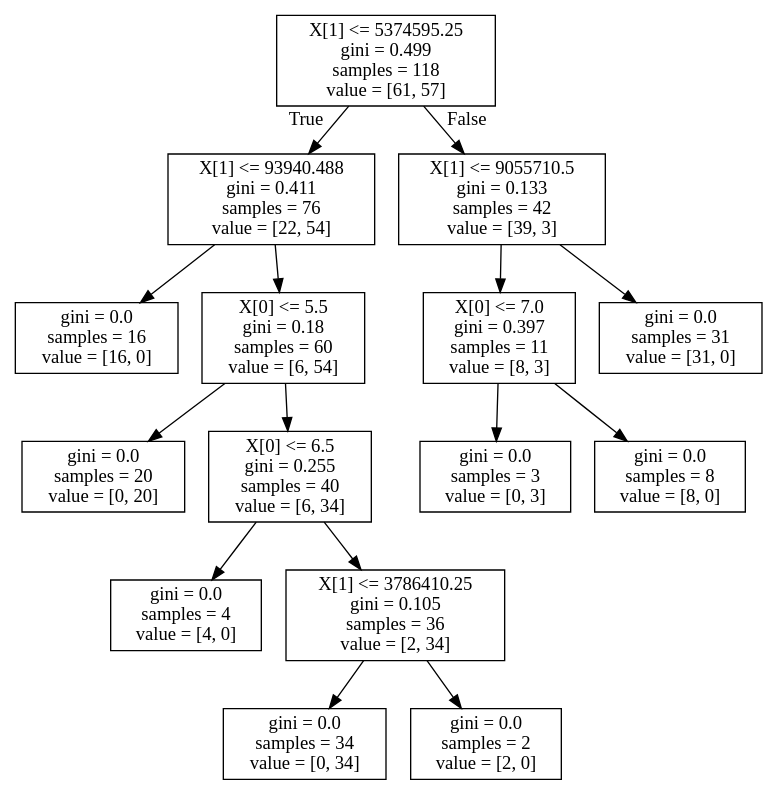
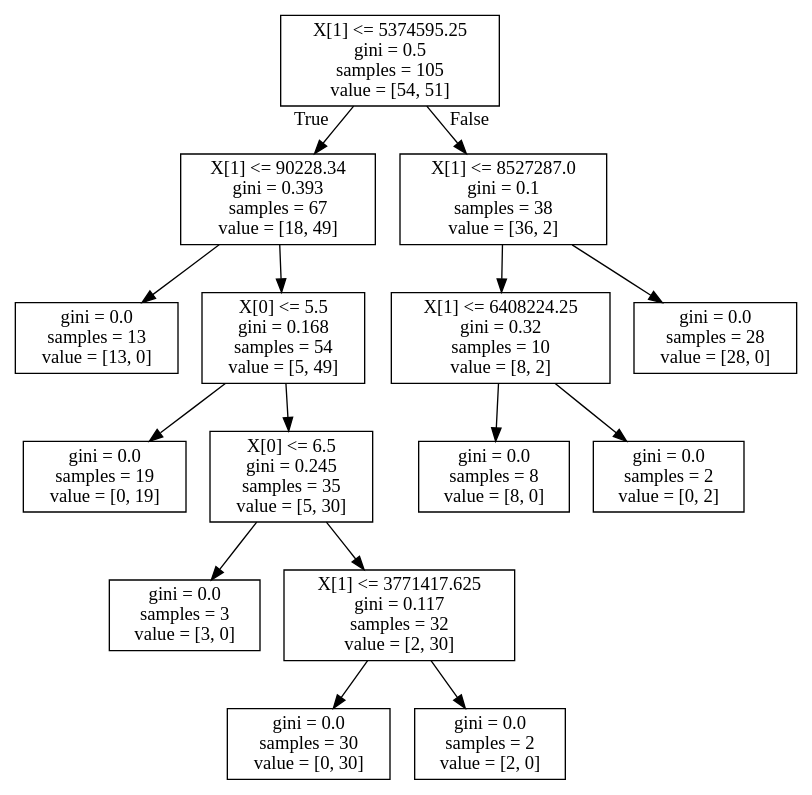
One commit to fernandessfae/Producao-de-produtos-energeticos-e-nao-energeticos-derivados-do-petroleo changed the diagram in tree2.dot. Above: the diagram before and after it, drawn with Graphviz.

```diff
--- a/tree2.dot
+++ b/tree2.dot
@@ -1,32 +1,32 @@
 digraph Tree {
 node [shape=box] ;
-0 [label="X[1] <= 5374595.25\ngini = 0.499\nsamples = 118\nvalue = [61, 57]"] ;
-1 [label="X[1] <= 93940.488\ngini = 0.411\nsamples = 76\nvalue = [22, 54]"] ;
+0 [label="X[1] <= 5374595.25\ngini = 0.5\nsamples = 105\nvalue = [54, 51]"] ;
+1 [label="X[1] <= 90228.34\ngini = 0.393\nsamples = 67\nvalue = [18, 49]"] ;
 0 -> 1 [labeldistance=2.5, labelangle=45, headlabel="True"] ;
-2 [label="gini = 0.0\nsamples = 16\nvalue = [16, 0]"] ;
+2 [label="gini = 0.0\nsamples = 13\nvalue = [13, 0]"] ;
 1 -> 2 ;
-3 [label="X[0] <= 5.5\ngini = 0.18\nsamples = 60\nvalue = [6, 54]"] ;
+3 [label="X[0] <= 5.5\ngini = 0.168\nsamples = 54\nvalue = [5, 49]"] ;
 1 -> 3 ;
-4 [label="gini = 0.0\nsamples = 20\nvalue = [0, 20]"] ;
+4 [label="gini = 0.0\nsamples = 19\nvalue = [0, 19]"] ;
 3 -> 4 ;
-5 [label="X[0] <= 6.5\ngini = 0.255\nsamples = 40\nvalue = [6, 34]"] ;
+5 [label="X[0] <= 6.5\ngini = 0.245\nsamples = 35\nvalue = [5, 30]"] ;
 3 -> 5 ;
-6 [label="gini = 0.0\nsamples = 4\nvalue = [4, 0]"] ;
+6 [label="gini = 0.0\nsamples = 3\nvalue = [3, 0]"] ;
 5 -> 6 ;
-7 [label="X[1] <= 3786410.25\ngini = 0.105\nsamples = 36\nvalue = [2, 34]"] ;
+7 [label="X[1] <= 3771417.625\ngini = 0.117\nsamples = 32\nvalue = [2, 30]"] ;
 5 -> 7 ;
-8 [label="gini = 0.0\nsamples = 34\nvalue = [0, 34]"] ;
+8 [label="gini = 0.0\nsamples = 30\nvalue = [0, 30]"] ;
 7 -> 8 ;
 9 [label="gini = 0.0\nsamples = 2\nvalue = [2, 0]"] ;
 7 -> 9 ;
-10 [label="X[1] <= 9055710.5\ngini = 0.133\nsamples = 42\nvalue = [39, 3]"] ;
+10 [label="X[1] <= 8527287.0\ngini = 0.1\nsamples = 38\nvalue = [36, 2]"] ;
 0 -> 10 [labeldistance=2.5, labelangle=-45, headlabel="False"] ;
-11 [label="X[0] <= 7.0\ngini = 0.397\nsamples = 11\nvalue = [8, 3]"] ;
+11 [label="X[1] <= 6408224.25\ngini = 0.32\nsamples = 10\nvalue = [8, 2]"] ;
 10 -> 11 ;
-12 [label="gini = 0.0\nsamples = 3\nvalue = [0, 3]"] ;
+12 [label="gini = 0.0\nsamples = 8\nvalue = [8, 0]"] ;
 11 -> 12 ;
-13 [label="gini = 0.0\nsamples = 8\nvalue = [8, 0]"] ;
+13 [label="gini = 0.0\nsamples = 2\nvalue = [0, 2]"] ;
 11 -> 13 ;
-14 [label="gini = 0.0\nsamples = 31\nvalue = [31, 0]"] ;
+14 [label="gini = 0.0\nsamples = 28\nvalue = [28, 0]"] ;
 10 -> 14 ;
 }
```
